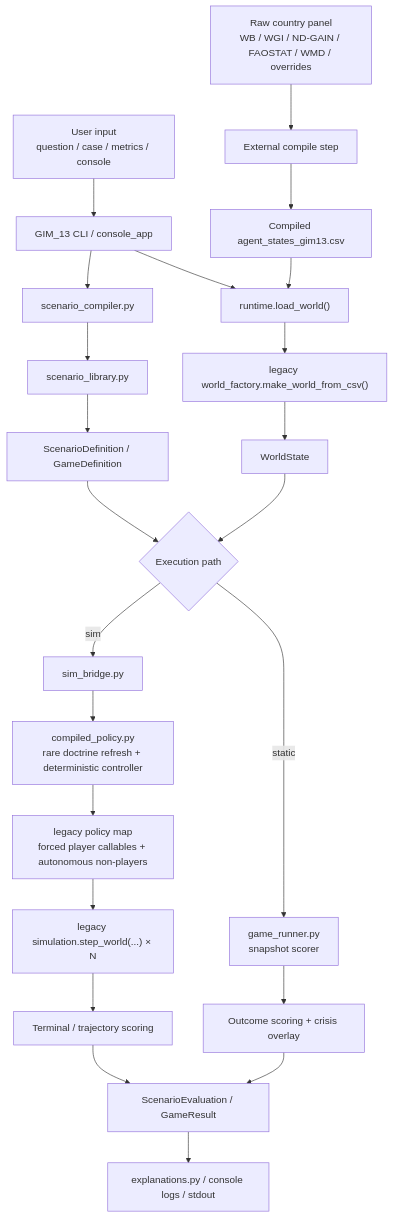
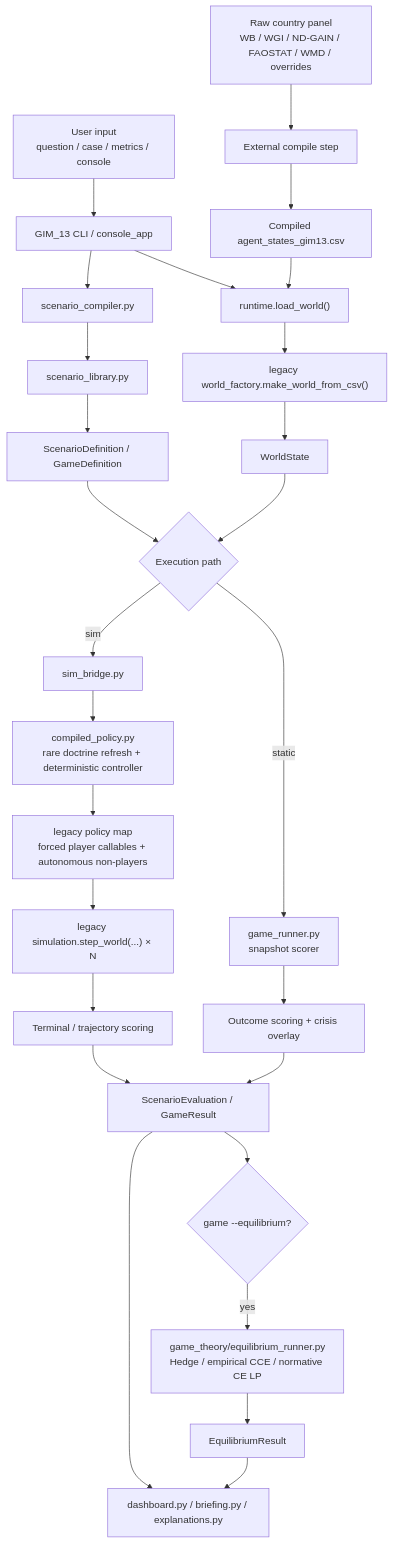
One commit to Theclimateguy/GIM changed the first of 4 diagrams in README.md. Above: the diagram before and after it, drawn with Mermaid. The commit also changed other lines of this file, not shown here.

Commit message:
Clarify README execution diagrams

````diff
--- a/README.md
+++ b/README.md
@@ -65,31 +65,35 @@
 ```mermaid
 flowchart TD
     A["User input<br/>question / case / metrics / console"] --> B["GIM_13 CLI / console_app"]
     B --> C["runtime.load_world()"]
     C --> D["legacy world_factory.make_world_from_csv()"]
     D --> E["WorldState"]
 
     B --> F["scenario_compiler.py"]
     F --> G["scenario_library.py"]
     G --> H["ScenarioDefinition / GameDefinition"]
 
     E --> I{"Execution path"}
     H --> I
 
     I -->|static| J["game_runner.py<br/>snapshot scorer"]
     J --> K["Outcome scoring + crisis overlay"]
     K --> L["ScenarioEvaluation / GameResult"]
 
     I -->|sim| M["sim_bridge.py"]
     M --> M1["compiled_policy.py<br/>rare doctrine refresh + deterministic controller"]
     M1 --> N["legacy policy map<br/>forced player callables + autonomous non-players"]
     N --> O["legacy simulation.step_world(...) × N"]
     O --> P["Terminal / trajectory scoring"]
     P --> L
 
-    L --> Q["explanations.py / console logs / stdout"]
+    L --> Q{"game --equilibrium?"}
+    Q -->|yes| R["game_theory/equilibrium_runner.py<br/>Hedge / empirical CCE / normative CE LP"]
+    R --> S["EquilibriumResult"]
+    L --> T["dashboard.py / briefing.py / explanations.py"]
+    S --> T
 
-    R["Raw country panel<br/>WB / WGI / ND-GAIN / FAOSTAT / WMD / overrides"] --> S["External compile step"]
-    S --> T["Compiled agent_states_gim13.csv"]
-    T --> C
+    U["Raw country panel<br/>WB / WGI / ND-GAIN / FAOSTAT / WMD / overrides"] --> V["External compile step"]
+    V --> W["Compiled agent_states_gim13.csv"]
+    W --> C
 ```
````
